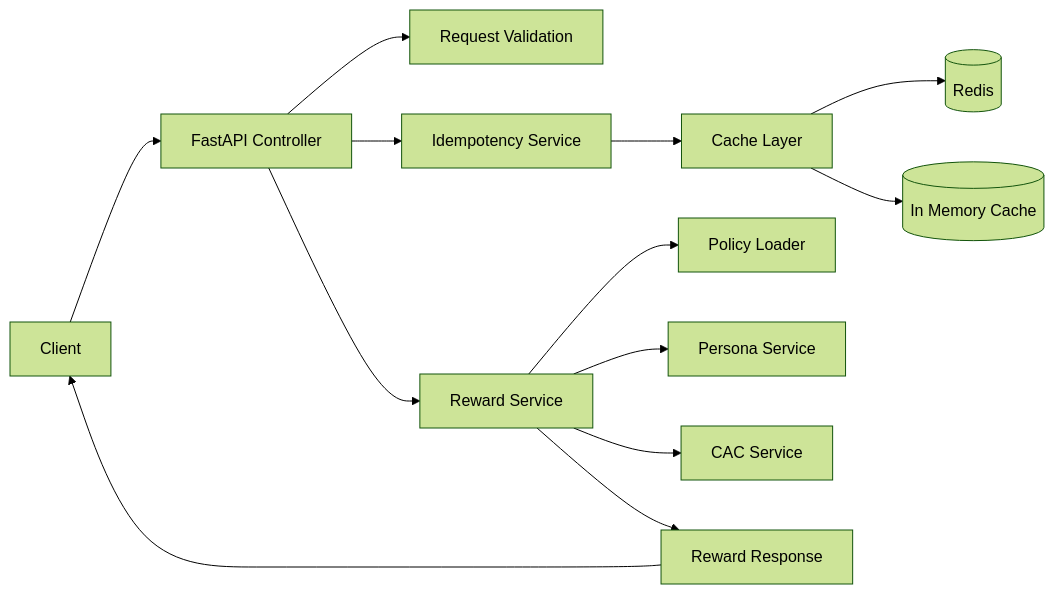
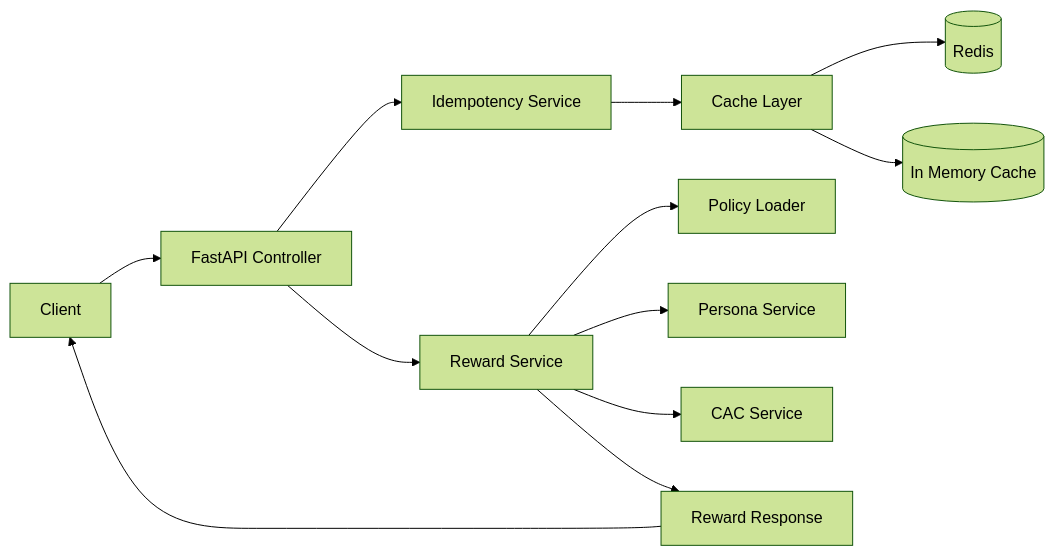
One commit to donjoy97/reward-service changed the diagram in README.md. Above: the diagram before and after it, drawn with Mermaid (forest theme).

````diff
--- a/README.md
+++ b/README.md
@@ -21,23 +21,22 @@
 ```mermaid
 flowchart LR
 
 Client --> API[FastAPI Controller]
 
-API --> VALIDATION[Request Validation]
 API --> IDEMPOTENCY[Idempotency Service]
 
 IDEMPOTENCY --> CACHE[Cache Layer]
 
 API --> REWARD[Reward Service]
 
 REWARD --> POLICY[Policy Loader]
 REWARD --> PERSONA[Persona Service]
 REWARD --> CAC[CAC Service]
 
 CACHE --> REDIS[(Redis)]
 CACHE --> MEMORY[(In Memory Cache)]
 
 REWARD --> RESPONSE[Reward Response]
 
 RESPONSE --> Client
 ```
````
